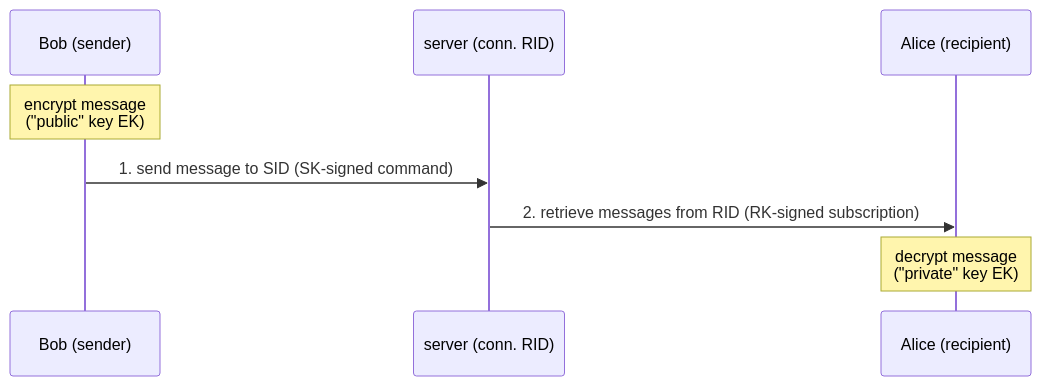
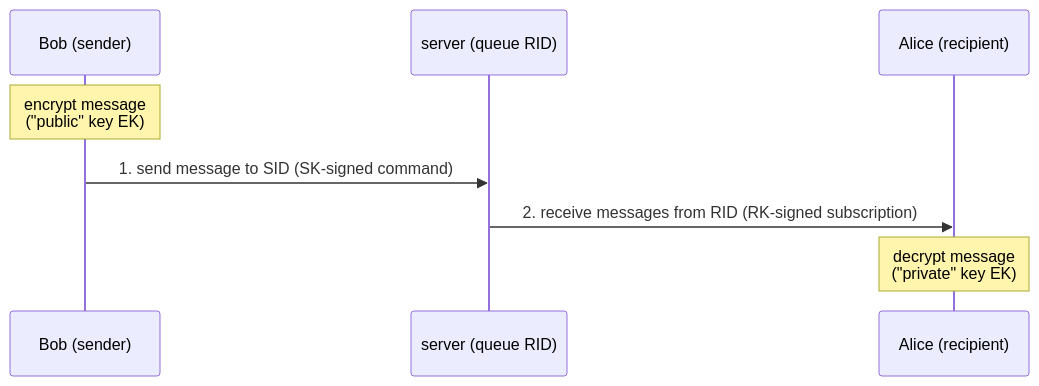
Before and after one commit to simplex-chat/simplex-chat: the diagram in diagrams/simplex-messaging/simplex-using.mmd, drawn with Mermaid. The commit also changed 6 other files, not shown here.

Commit message:
update protocol to use term "queue" to mean "SMP connection", CONN -> NEW

```diff
--- a/diagrams/simplex-messaging/simplex-using.mmd
+++ b/diagrams/simplex-messaging/simplex-using.mmd
@@ -1,10 +1,10 @@
 sequenceDiagram
   participant B as Bob (sender)
-  participant S as server (conn. RID)
+  participant S as server (queue RID)
   participant A as Alice (recipient)
 
   note over B: encrypt message<br>("public" key EK)
   B ->> S: 1. send message to SID (SK-signed command)
 
-  S ->> A: 2. retrieve messages from RID (RK-signed subscription)
+  S ->> A: 2. receive messages from RID (RK-signed subscription)
   note over A: decrypt message<br>("private" key EK)
```
